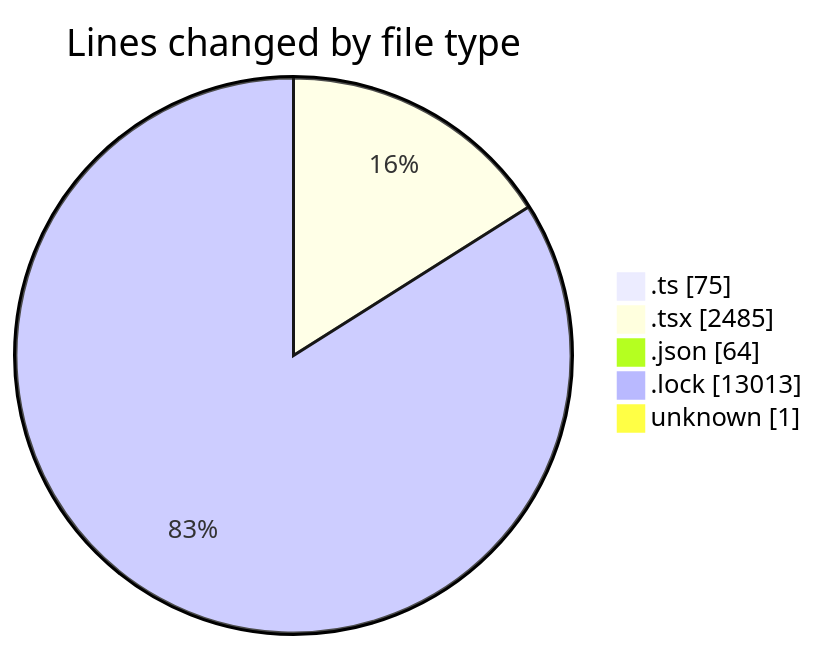
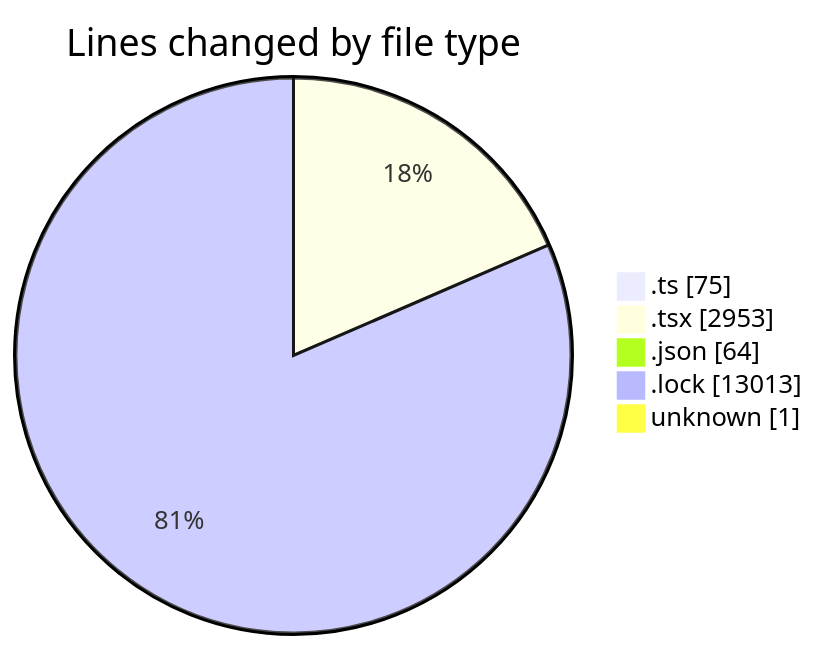
Before and after one commit to momahboobian/code-tracking: the first of 2 diagrams in 2025-09-25/cda/README.md, drawn with Mermaid. The commit also changed other lines of this file and 1 other file, not shown here.

````diff
--- a/2025-09-25/cda/README.md
+++ b/2025-09-25/cda/README.md
@@ -36,9 +38,9 @@
 ```mermaid
 pie showData
 title Lines changed by file type
 ".ts" : 75
-".tsx" : 2485
+".tsx" : 2953
 ".json" : 64
 ".lock" : 13013
 "unknown" : 1
 ```
````
